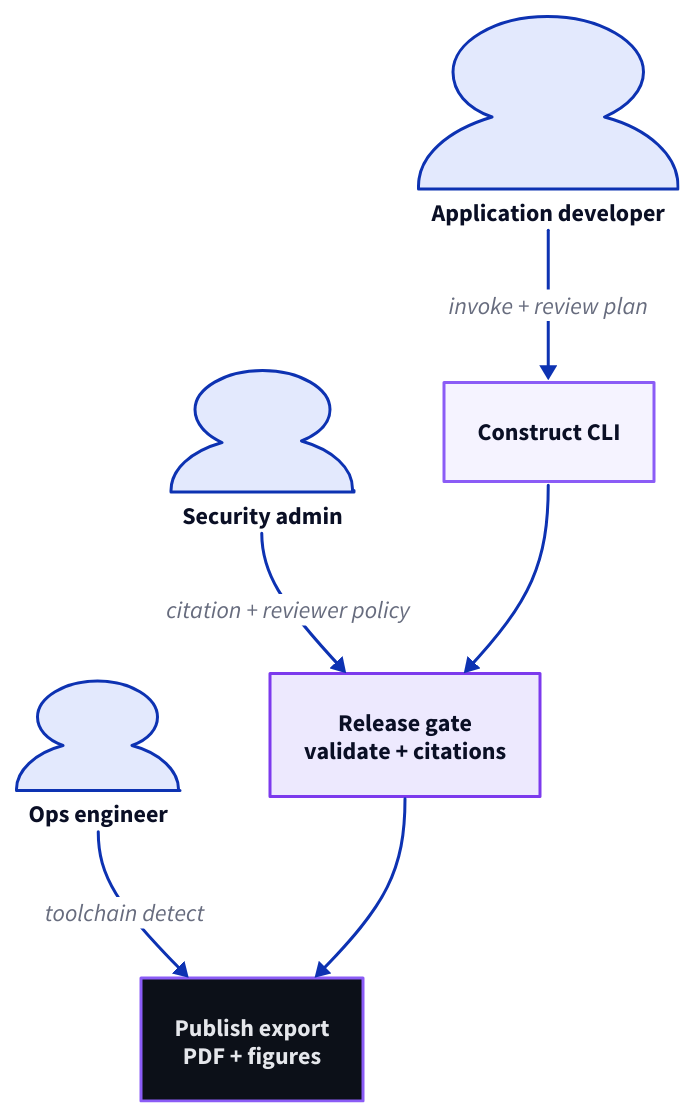
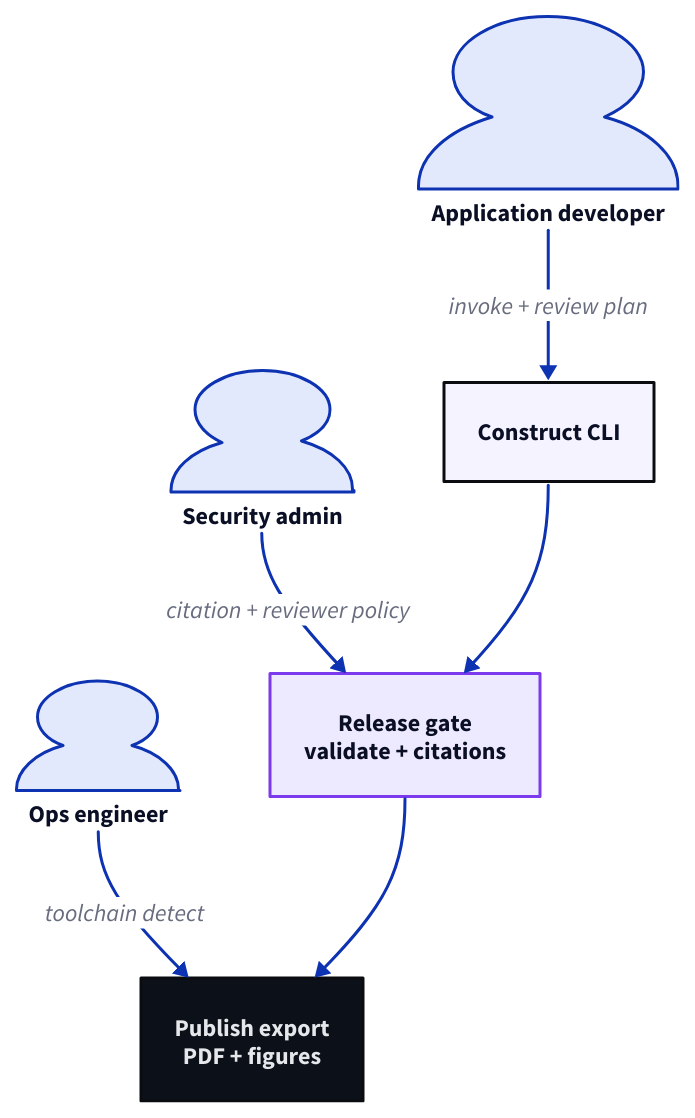
Before and after one commit to geraldmaron/construct: the first of 3 diagrams in tests/fixtures/publish/golden-prd-platform.md, drawn with D2. The commit also changed 51 other files, not shown here.

````diff
--- a/tests/fixtures/publish/golden-prd-platform.md
+++ b/tests/fixtures/publish/golden-prd-platform.md
@@ -41,37 +41,37 @@
 ```d2
 direction: down
 
 developer: Application developer {
   shape: person
 }
 
 security: Security admin {
   shape: person
 }
 
 ops: Ops engineer {
   shape: person
 }
 
 construct: Construct CLI {
   style.fill: "#f5f3ff"
-  style.stroke: "#8b5cf6"
+  style.stroke: "#0a0c10"
 }
 
 gate: Release gate\nvalidate + citations {
   style.fill: "#ede9fe"
   style.stroke: "#7c3aed"
 }
 
 export: Publish export\nPDF + figures {
   style.fill: "#0c1018"
   style.font-color: "#e5e7eb"
-  style.stroke: "#8b5cf6"
+  style.stroke: "#0a0c10"
 }
 
 developer -> construct: invoke + review plan
 security -> gate: citation + reviewer policy
 ops -> export: toolchain detect
 construct -> gate
 gate -> export
 ```
````
